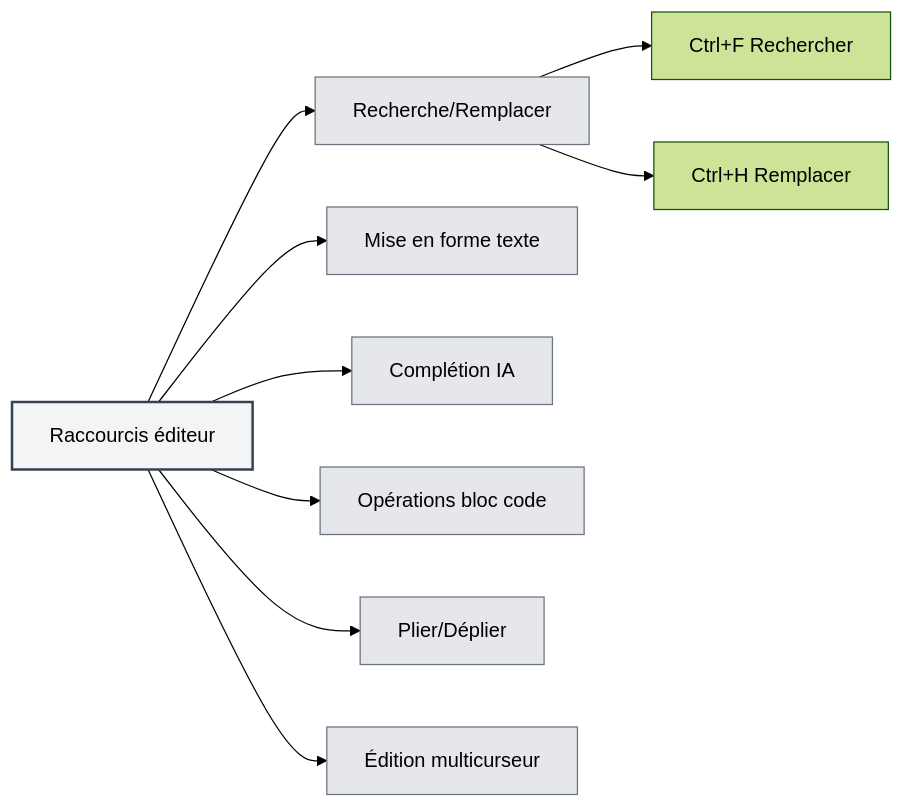
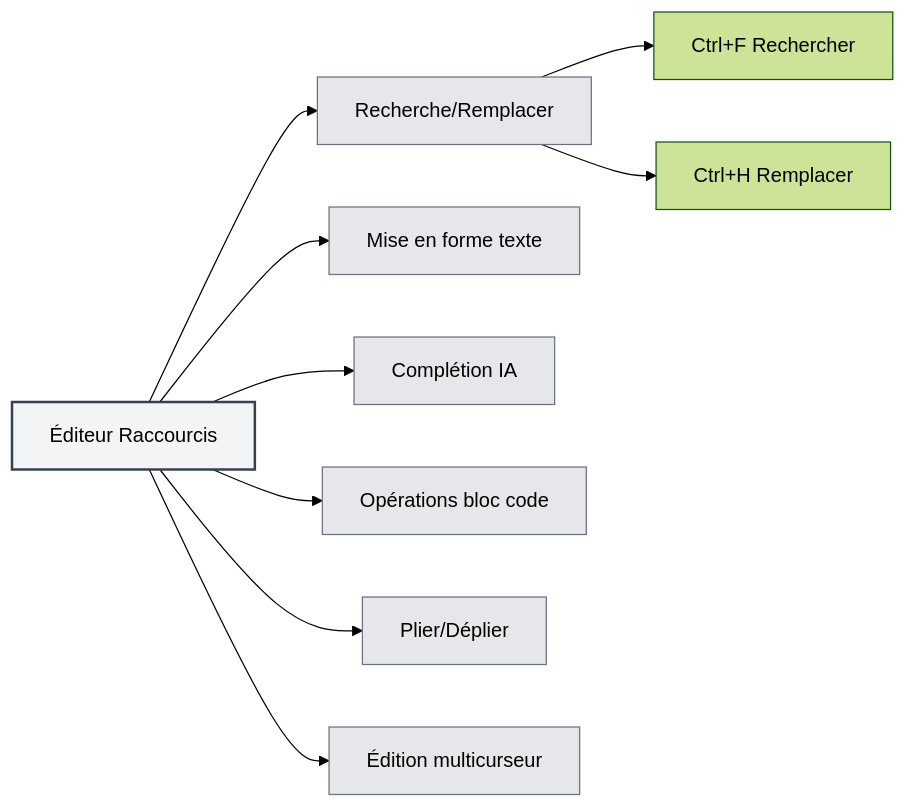
Before and after one commit to JaredYe04/MetaDoc: the diagram in meta-doc/src/renderer/src/manuals/fr_FR/shortcuts/editor.md, drawn with Mermaid (forest theme). The commit also changed other lines of this file and 35 other files, not shown here.

````diff
--- a/meta-doc/src/renderer/src/manuals/fr_FR/shortcuts/editor.md
+++ b/meta-doc/src/renderer/src/manuals/fr_FR/shortcuts/editor.md
@@ -27,18 +27,18 @@
 ```mermaid
 graph LR
-    A[Raccourcis éditeur] --> B[Recherche/Remplacer]
+    A[Éditeur Raccourcis] --> B[Recherche/Remplacer]
     A --> C[Mise en forme texte]
     A --> D[Complétion IA]
     A --> E[Opérations bloc code]
     A --> F[Plier/Déplier]
     A --> G[Édition multicurseur]
     B --> H[Ctrl+F Rechercher]
     B --> I[Ctrl+H Remplacer]
     style A fill:#f3f4f6,stroke:#374151,stroke-width:2px
     style B fill:#e5e7eb,stroke:#6b7280
     style C fill:#e5e7eb,stroke:#6b7280
     style D fill:#e5e7eb,stroke:#6b7280
     style E fill:#e5e7eb,stroke:#6b7280
     style F fill:#e5e7eb,stroke:#6b7280
     style G fill:#e5e7eb,stroke:#6b7280
 ```
````
